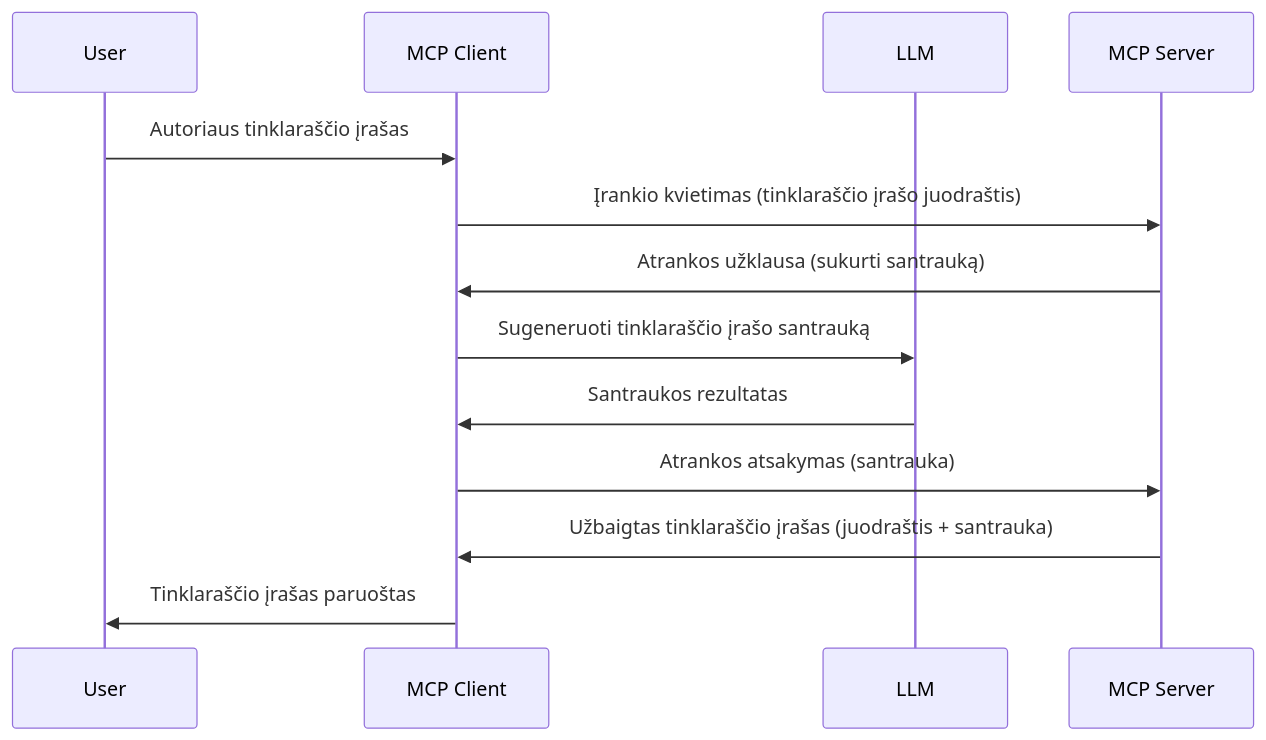
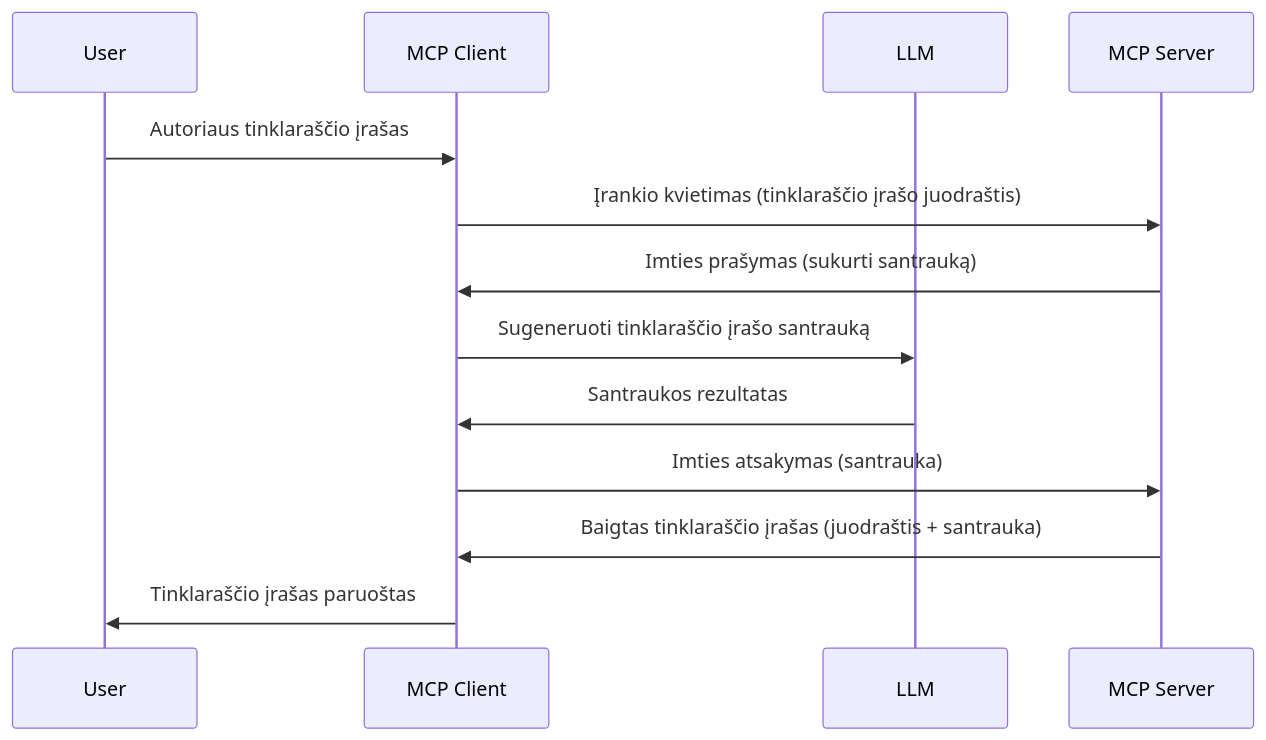
One commit to HIDORAKAI002/ai-workspace-archive changed the diagram in mcp_ecosystem__model_context_protocol/mcp_learning_resources/mcp-for-beginners/translations/lt/03-GettingStarted/14-sampling/README.md. Above: the diagram before and after it, drawn with Mermaid. The commit also changed other lines of this file and 5721 other files, not shown here.

Commit message:
chore(sync): update MCP Python SDK, MCP TypeScript SDK, Supabase MCP, Kubernetes MCP Server, Git MCP, MCP Agent, Awesome ChatGPT Prompts, Langfuse, +62 more

````diff
--- a/mcp_ecosystem__model_context_protocol/mcp_learning_resources/mcp-for-beginners/translations/lt/03-GettingStarted/14-sampling/README.md
+++ b/mcp_ecosystem__model_context_protocol/mcp_learning_resources/mcp-for-beginners/translations/lt/03-GettingStarted/14-sampling/README.md
@@ -25,16 +27,16 @@
 ```mermaid
 sequenceDiagram
     participant User
     participant MCP Client
     participant LLM
     participant MCP Server
 
     User->>MCP Client: Autoriaus tinklaraščio įrašas
     MCP Client->>MCP Server: Įrankio kvietimas (tinklaraščio įrašo juodraštis)
-    MCP Server->>MCP Client: Atrankos užklausa (sukurti santrauką)
+    MCP Server->>MCP Client: Imties prašymas (sukurti santrauką)
     MCP Client->>LLM: Sugeneruoti tinklaraščio įrašo santrauką
     LLM->>MCP Client: Santraukos rezultatas
-    MCP Client->>MCP Server: Atrankos atsakymas (santrauka)
-    MCP Server->>MCP Client: Užbaigtas tinklaraščio įrašas (juodraštis + santrauka)
+    MCP Client->>MCP Server: Imties atsakymas (santrauka)
+    MCP Server->>MCP Client: Baigtas tinklaraščio įrašas (juodraštis + santrauka)
     MCP Client->>User: Tinklaraščio įrašas paruoštas
 ```
````
